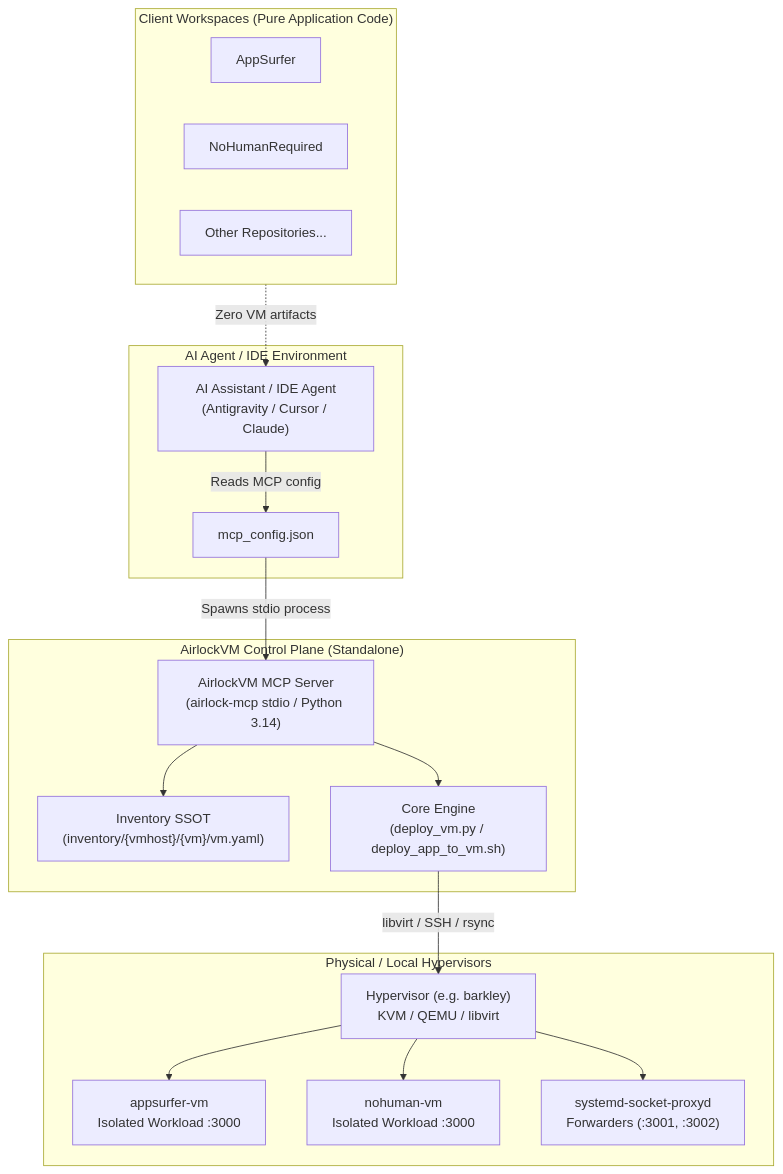
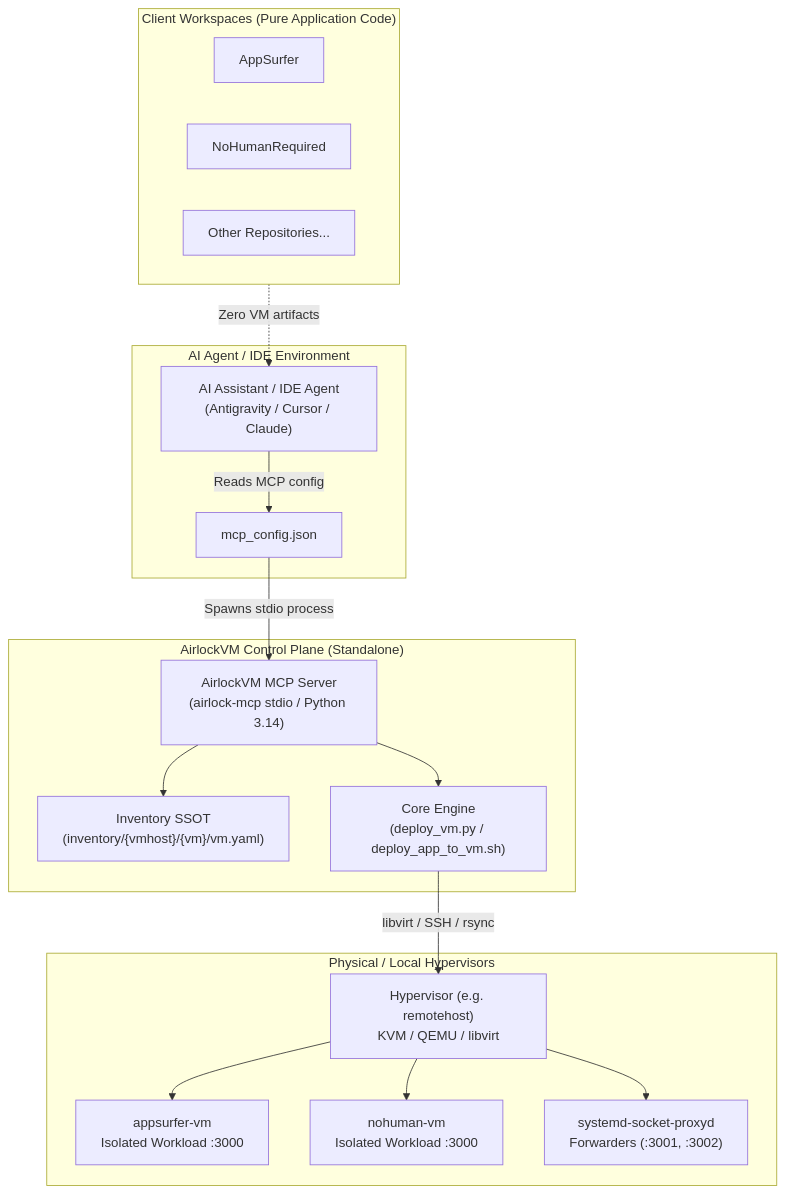
One commit to simplybarter/AirlockVM changed the diagram in docs/MCP_SERVER.md. Above: the diagram before and after it, drawn with Mermaid. The commit also changed 13 other files, not shown here.

````diff
--- a/docs/MCP_SERVER.md
+++ b/docs/MCP_SERVER.md
@@ -13,36 +13,36 @@
 ```mermaid
 flowchart TD
     subgraph ClientProjects["Client Workspaces (Pure Application Code)"]
         A["AppSurfer"]
         B["NoHumanRequired"]
         C["Other Repositories..."]
     end
 
     subgraph AgentEnvironment["AI Agent / IDE Environment"]
         IDE["AI Assistant / IDE Agent<br/>(Antigravity / Cursor / Claude)"]
         Config["mcp_config.json"]
     end
 
     subgraph AirlockVMControlPlane["AirlockVM Control Plane (Standalone)"]
         MCP["AirlockVM MCP Server<br/>(airlock-mcp stdio / Python 3.14)"]
         SSOT["Inventory SSOT<br/>(inventory/{vmhost}/{vm}/vm.yaml)"]
         Core["Core Engine<br/>(deploy_vm.py / deploy_app_to_vm.sh)"]
     end
 
     subgraph Hypervisors["Physical / Local Hypervisors"]
-        Hyp["Hypervisor (e.g. barkley)<br/>KVM / QEMU / libvirt"]
+        Hyp["Hypervisor (e.g. remotehost)<br/>KVM / QEMU / libvirt"]
         VM1["appsurfer-vm<br/>Isolated Workload :3000"]
         VM2["nohuman-vm<br/>Isolated Workload :3000"]
         Proxy["systemd-socket-proxyd<br/>Forwarders (:3001, :3002)"]
     end
 
     ClientProjects -.->|Zero VM artifacts| IDE
     IDE -->|Reads MCP config| Config
     Config -->|Spawns stdio process| MCP
     MCP --> SSOT
     MCP --> Core
     Core -->|libvirt / SSH / rsync| Hyp
     Hyp --> VM1
     Hyp --> VM2
     Hyp --> Proxy
 ```
````
